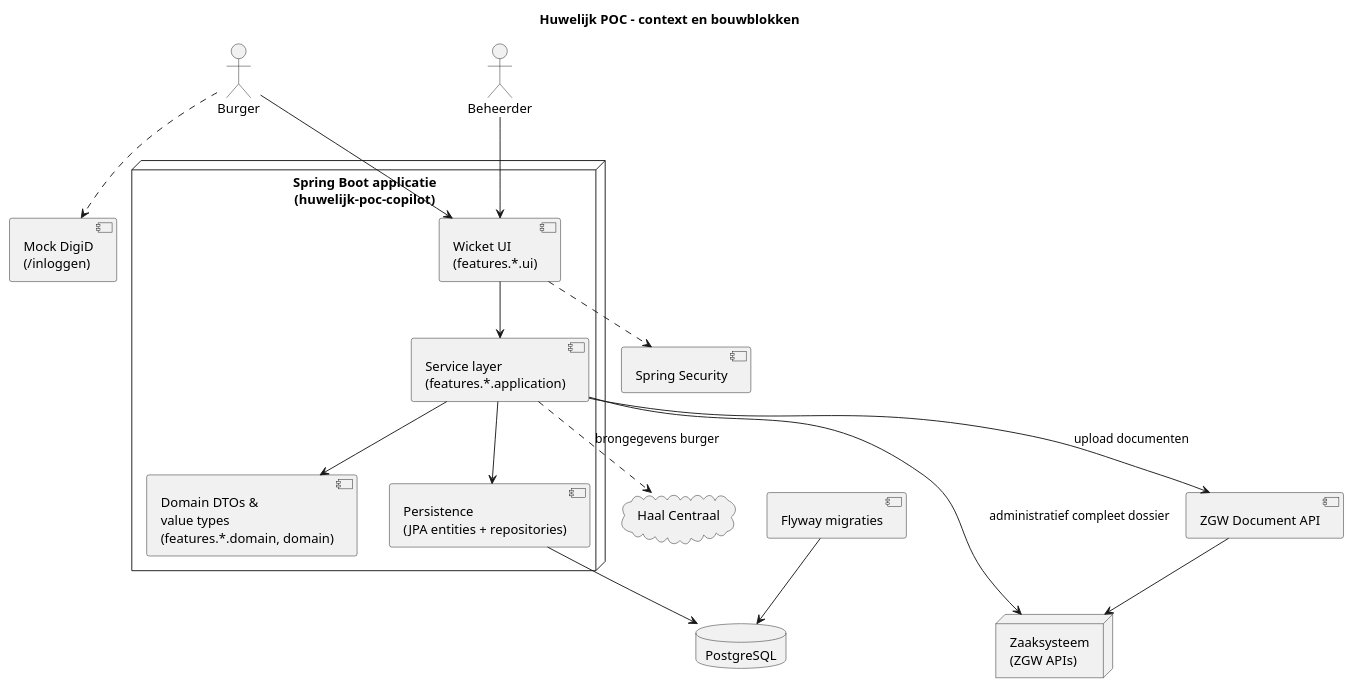
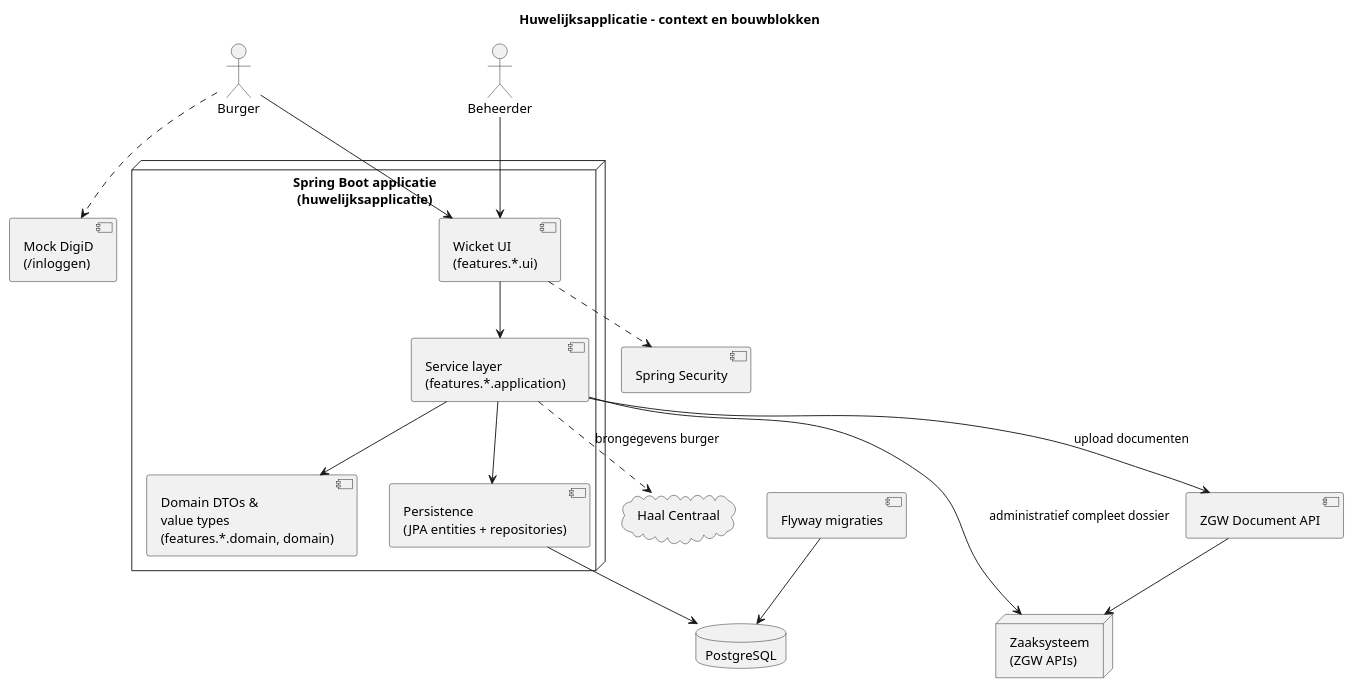
One commit to Municipality-of-Rotterdam/verbonden changed the diagram in docs/architectuur-context.puml. Above: the diagram before and after it, drawn with PlantUML. The commit also changed 2 other files, not shown here.

Commit message:
#56 verwijder verwijzingen naar POC

```diff
--- a/docs/architectuur-context.puml
+++ b/docs/architectuur-context.puml
@@ -1,40 +1,40 @@
 @startuml
 skinparam packageStyle rectangle
 skinparam shadowing false
 
-title Huwelijk POC - context en bouwblokken
+title Huwelijksapplicatie - context en bouwblokken
 
 actor "Burger" as Citizen
 actor "Beheerder" as Admin
 
-node "Spring Boot applicatie\n(huwelijk-poc-copilot)" as App {
+node "Spring Boot applicatie\n(huwelijksapplicatie)" as App {
   component "Wicket UI\n(features.*.ui)" as UI
   component "Service layer\n(features.*.application)" as Service
   component "Domain DTOs &\nvalue types\n(features.*.domain, domain)" as Domain
   component "Persistence\n(JPA entities + repositories)" as Persistence
 
   UI --> Service
   Service --> Domain
   Service --> Persistence
 }
 
 database "PostgreSQL" as Db
 component "Flyway migraties" as Flyway
 component "Spring Security" as Security
 component "Mock DigiD\n(/inloggen)" as MockDigid
 cloud "Haal Centraal" as HaalCentraal
 node "Zaaksysteem\n(ZGW APIs)" as Zaaksysteem
 component "ZGW Document API" as ZgwDocumentApi
 
 Citizen --> UI
 Admin --> UI
 UI ..> Security
 Citizen ..> MockDigid
 Service ..> HaalCentraal : brongegevens burger
 Service --> Zaaksysteem : administratief compleet dossier
 Service --> ZgwDocumentApi : upload documenten
 ZgwDocumentApi --> Zaaksysteem
 Persistence --> Db
 Flyway --> Db
 
 @enduml
```
